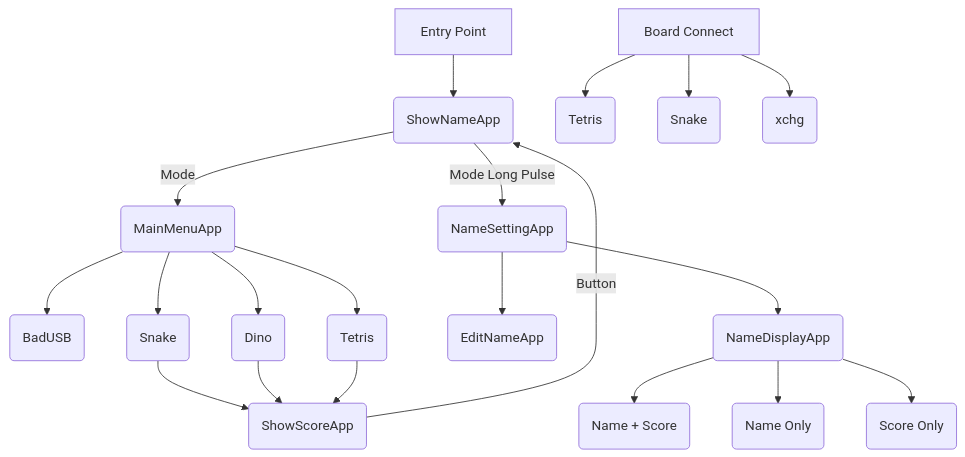
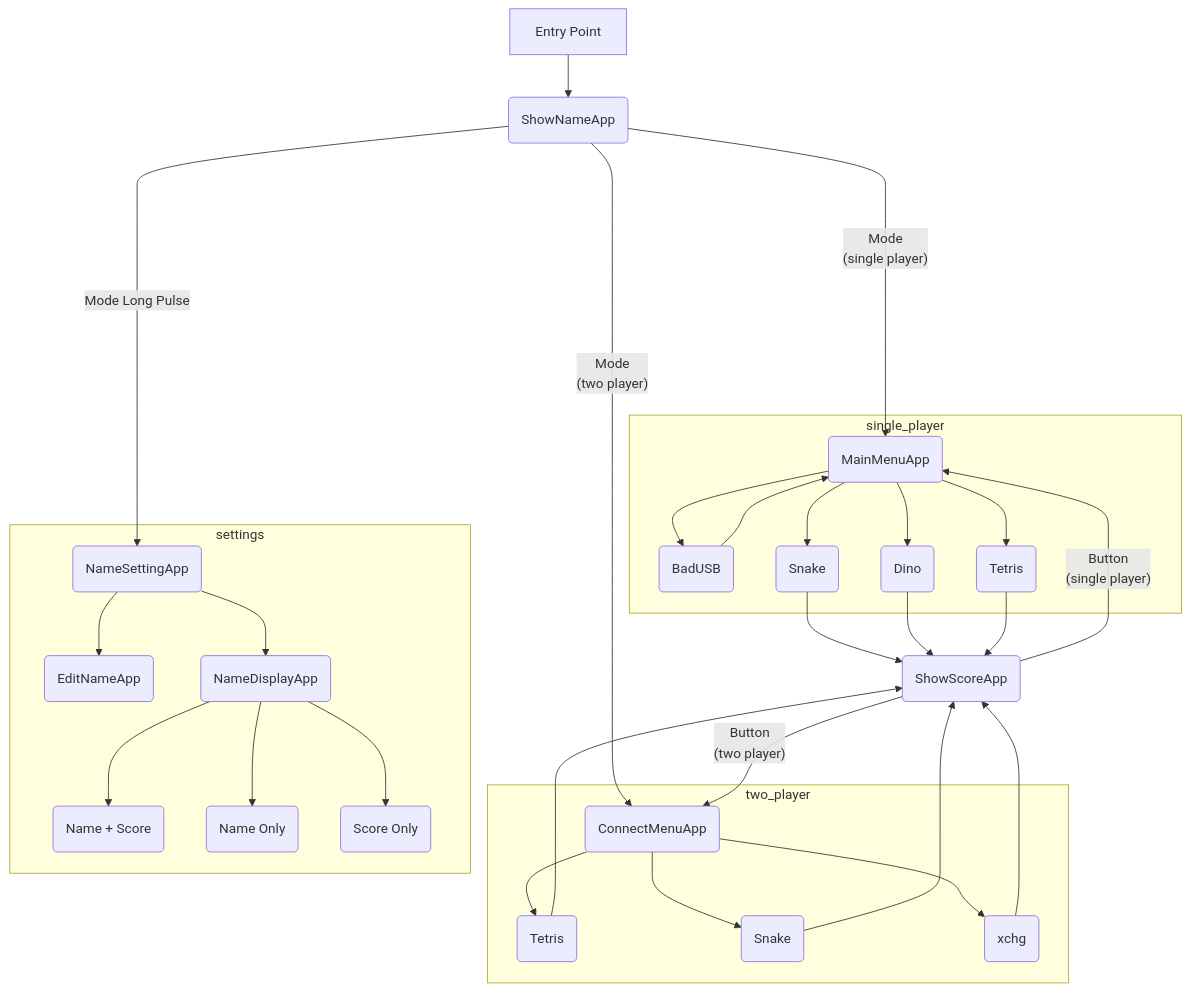
The diagram in Menu.md (john0312/hitcon-pcb-badge), drawn with Mermaid before and after one commit.

````diff
--- a/Menu.md
+++ b/Menu.md
@@ -1,22 +1,39 @@
 ```mermaid
 flowchart TD
     A[Entry Point] --> B(ShowNameApp)
-    B --> |Mode| C(MainMenuApp)
-    C --> D(BadUSB)
-    C --> E(Snake)
-    C --> F(Dino)
-    C --> G(Tetris)
-    B --> |Mode Long Pulse| H(NameSettingApp)
-    H --> I(EditNameApp)
-    H --> J(NameDisplayApp)
-    J --> K(Name + Score)
-    J --> L(Name Only)
-    J --> M(Score Only)
-    N[Board Connect] --> O(Tetris)
-    N --> P(Snake)
-    N --> Q(xchg)
-    E --> R(ShowScoreApp)
-    F --> R
-    G --> R
-    R --> |Button| B
+    B -----> |"Mode\n(single player)"| main_menu_app(MainMenuApp)
+
+    subgraph single_player
+        main_menu_app --> D(BadUSB)
+        main_menu_app --> E(Snake)
+        main_menu_app --> F(Dino)
+        main_menu_app --> G(Tetris)
+    end
+
+    D --> main_menu_app
+    E --> show_score_app
+    F --> show_score_app
+    G --> show_score_app
+    show_score_app(ShowScoreApp) --> |"Button\n(single player)"| main_menu_app
+
+    B -----> |"Mode\n(two player)"| connect_menu_app(ConnectMenuApp)
+    subgraph two_player
+        connect_menu_app --> O(Tetris)
+        connect_menu_app --> P(Snake)
+        connect_menu_app --> Q(xchg)
+    end
+
+    O --> show_score_app
+    P --> show_score_app
+    Q --> show_score_app
+    show_score_app --> |"Button\n(two player)"| connect_menu_app
+
+    B ------> |Mode Long Pulse| H(NameSettingApp)
+    subgraph settings
+        H --> I(EditNameApp)
+        H --> J(NameDisplayApp)
+        J --> K(Name + Score)
+        J --> L(Name Only)
+        J --> M(Score Only)
+    end
 ```
````
